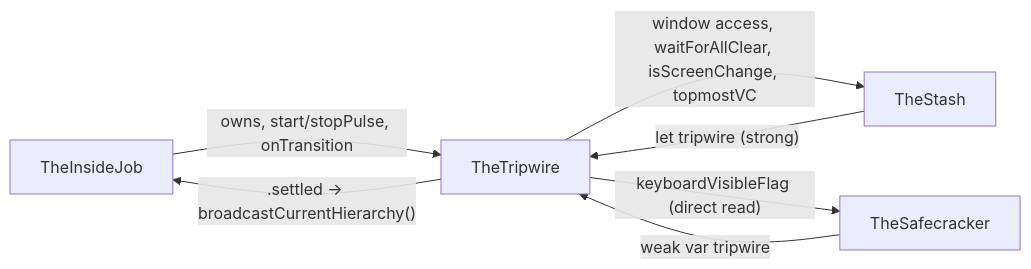
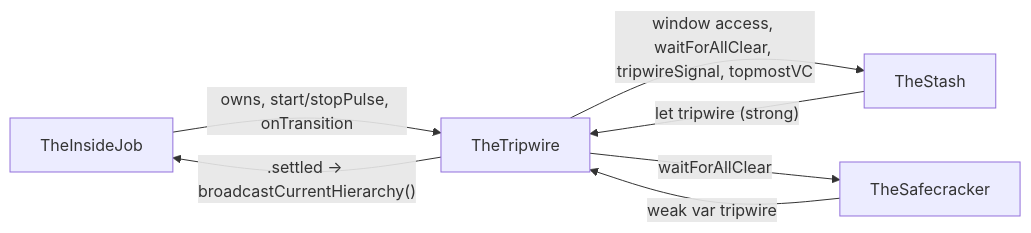
Before and after one commit to RoyalPineapple/TheButtonHeist: the sixth of 6 diagrams in docs/dossiers/15-THETRIPWIRE.md, drawn with Mermaid. The commit also changed other lines of this file and 24 other files, not shown here.

Commit message:
Refine tripwire screen classification

````diff
--- a/docs/dossiers/15-THETRIPWIRE.md
+++ b/docs/dossiers/15-THETRIPWIRE.md
@@ -343,10 +300,10 @@
 ```mermaid
 graph LR
     IJ["TheInsideJob"] -->|"owns, start/stopPulse, onTransition"| TW["TheTripwire"]
     BM["TheStash"] -->|"let tripwire (strong)"| TW
     SC["TheSafecracker"] -->|"weak var tripwire"| TW
 
     TW -->|".settled → broadcastCurrentHierarchy()"| IJ
-    TW -->|"window access, waitForAllClear, isScreenChange, topmostVC"| BM
-    TW -->|"keyboardVisibleFlag (direct read)"| SC
+    TW -->|"window access, waitForAllClear, tripwireSignal, topmostVC"| BM
+    TW -->|"waitForAllClear"| SC
 ```
````
